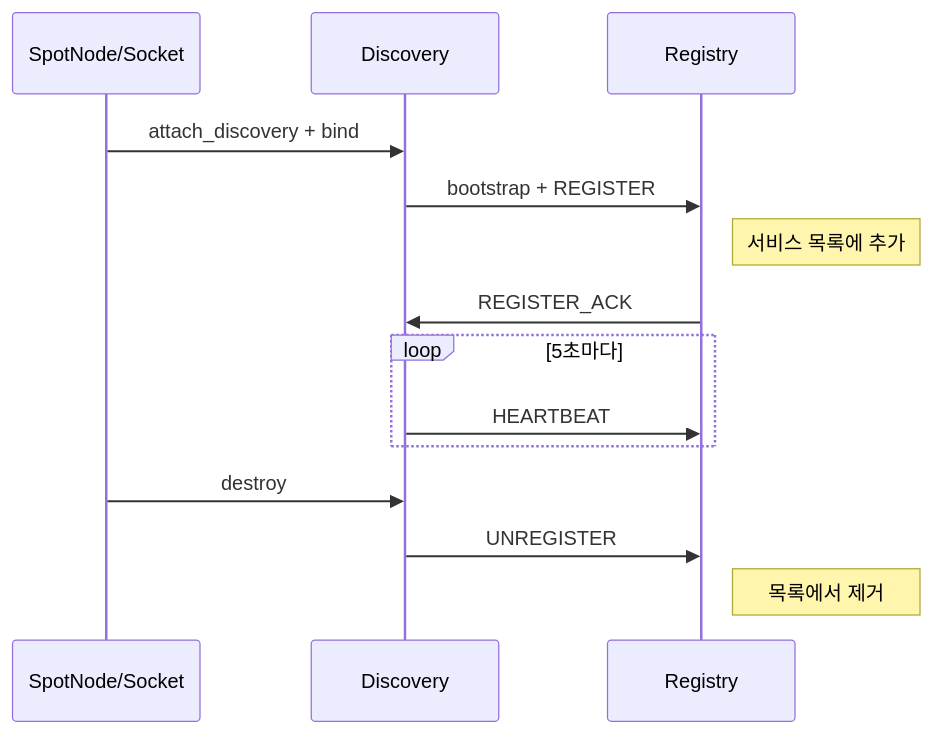
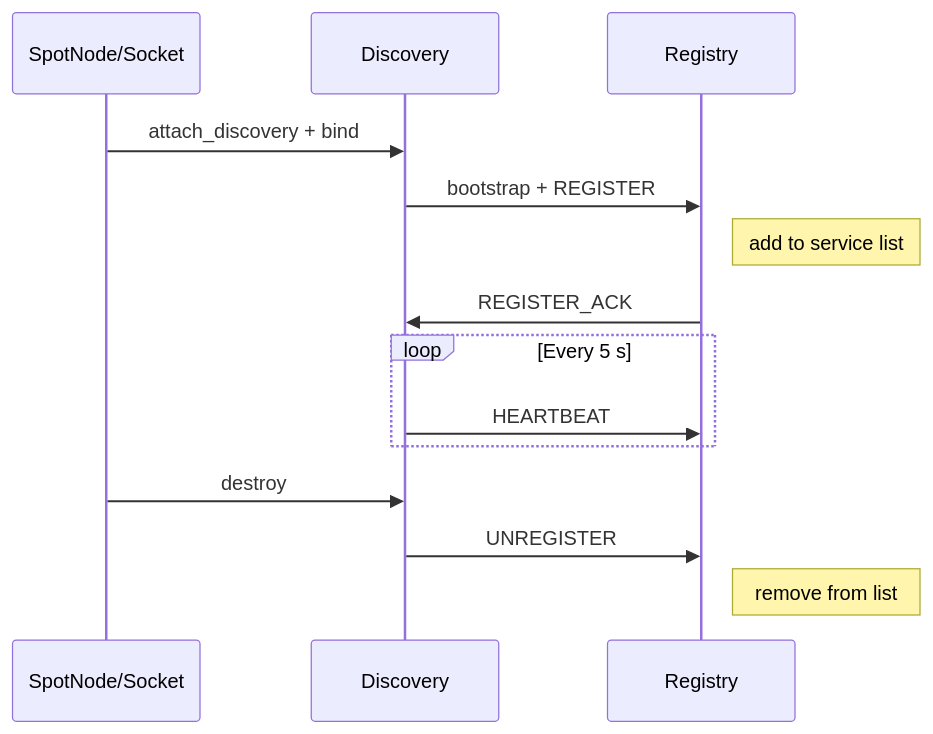
Before and after one commit to kairos-code-dev/zlink: the third of 3 diagrams in doc/guide/07-4-registry.ko.md, drawn with Mermaid. The commit also changed other lines of this file and 53 other files, not shown here.

````diff
--- a/doc/guide/07-4-registry.ko.md
+++ b/doc/guide/07-4-registry.ko.md
@@ -506,17 +506,17 @@
 ```mermaid
 sequenceDiagram
     participant S as SpotNode/Socket
     participant D as Discovery
     participant R as Registry
 
     S->>D: attach_discovery + bind
     D->>R: bootstrap + REGISTER
-    Note right of R: 서비스 목록에 추가
+    Note right of R: add to service list
     R->>D: REGISTER_ACK
-    loop 5초마다
+    loop Every 5 s
         D->>R: HEARTBEAT
     end
     S->>D: destroy
     D->>R: UNREGISTER
-    Note right of R: 목록에서 제거
+    Note right of R: remove from list
 ```
````
